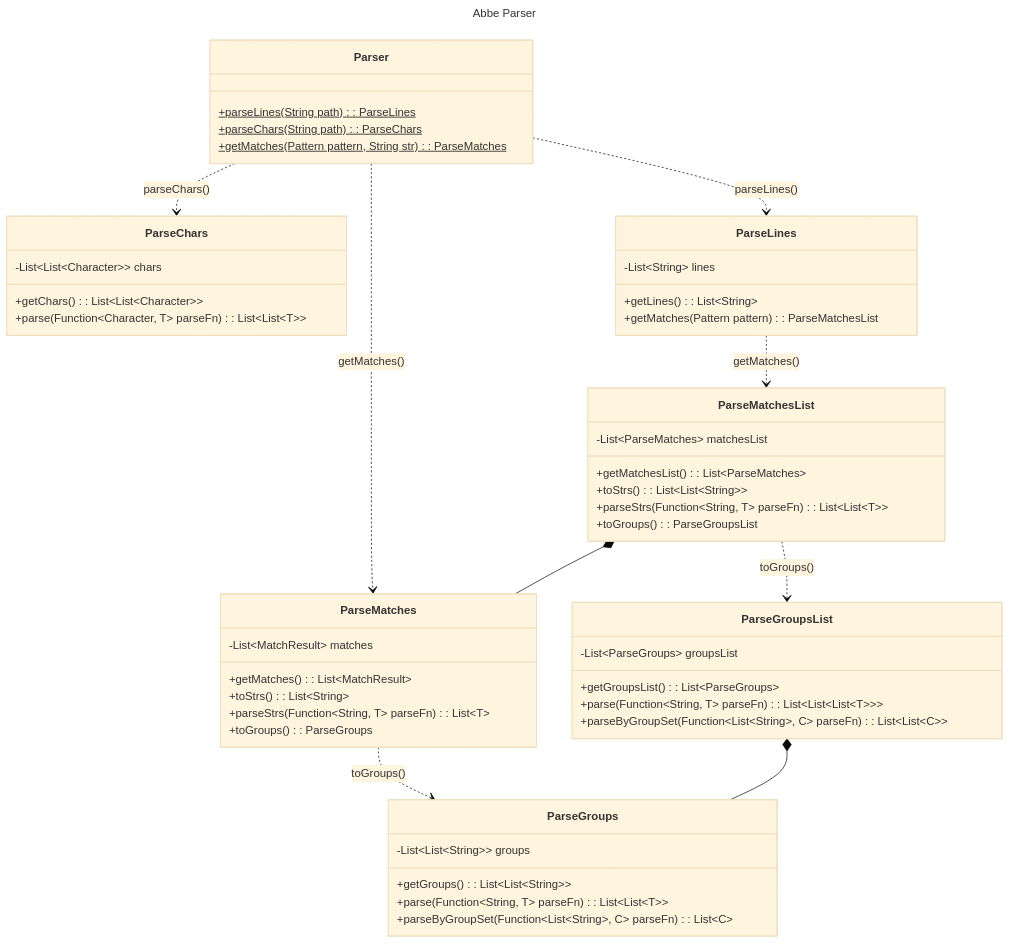
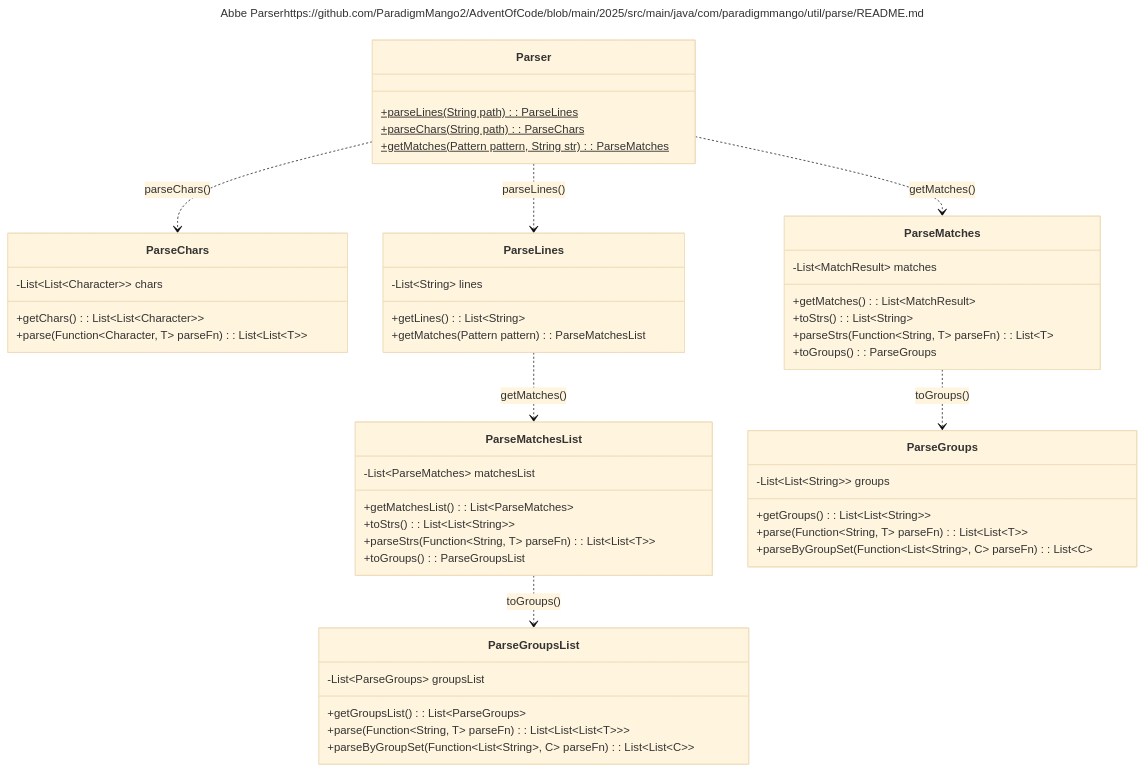
Before and after one commit to ParadigmMango2/AdventOfCode: the diagram in 2025/src/main/java/com/paradigmmango/util/parse/README.md, drawn with Mermaid (base theme).

Commit message:
Fix parser class chart

````diff
--- a/2025/src/main/java/com/paradigmmango/util/parse/README.md
+++ b/2025/src/main/java/com/paradigmmango/util/parse/README.md
@@ -1,67 +1,67 @@
 ```mermaid
 ---
-title: Abbe Parser
+title: Abbe Parserhttps://github.com/ParadigmMango2/AdventOfCode/blob/main/2025/src/main/java/com/paradigmmango/util/parse/README.md
 ---
 classDiagram
     class Parser{
         +parseLines(String path)$ : ParseLines
         +parseChars(String path)$ : ParseChars
         +getMatches(Pattern pattern, String str)$ : ParseMatches
     }
     Parser ..> ParseChars : parseChars()
     Parser ..> ParseLines : parseLines()
     Parser ..> ParseMatches : getMatches()
 
     class ParseLines{
         -List~String~ lines
 
         +getLines() : List~String~
         +getMatches(Pattern pattern) : ParseMatchesList
     }
     ParseLines ..> ParseMatchesList : getMatches()
 
     class ParseChars{
         -List~List~Character~~ chars
 
         +getChars() : List~List~Character~~
         +parse(Function~Character, T~ parseFn) : List~List~T~~
     }
 
     class ParseMatches{
         -List~MatchResult~ matches
 
         +getMatches() : List~MatchResult~
         +toStrs() : List~String~
         +parseStrs(Function~String, T~ parseFn) : List~T~
         +toGroups() : ParseGroups
     }
     ParseMatches ..> ParseGroups : toGroups()
 
     class ParseGroups{
         -List~List~String~~ groups
 
         +getGroups() : List~List~String~~
         +parse(Function~String, T~ parseFn) : List~List~T~~
         +parseByGroupSet(Function~List&lt;String&gt;, C~ parseFn) : List~C~
     }
 
     class ParseMatchesList{
         -List~ParseMatches~ matchesList
 
         +getMatchesList() : List~ParseMatches~
         +toStrs() : List~List~String~~
         +parseStrs(Function~String, T~ parseFn) : List~List~T~~
         +toGroups() : ParseGroupsList
     }
-    ParseMatchesList *-- ParseMatches
+    %% ParseMatchesList *-- ParseMatches
     ParseMatchesList ..> ParseGroupsList : toGroups()
 
     class ParseGroupsList{
         -List~ParseGroups~ groupsList
 
         +getGroupsList() : List~ParseGroups~
         +parse(Function~String, T~ parseFn) : List~List~List~T~~~
         +parseByGroupSet(Function~List&lt;String&gt;, C~ parseFn) : List~List~C~~
     }
-    ParseGroupsList *-- ParseGroups
+    %% ParseGroupsList *-- ParseGroups
 ```
````
